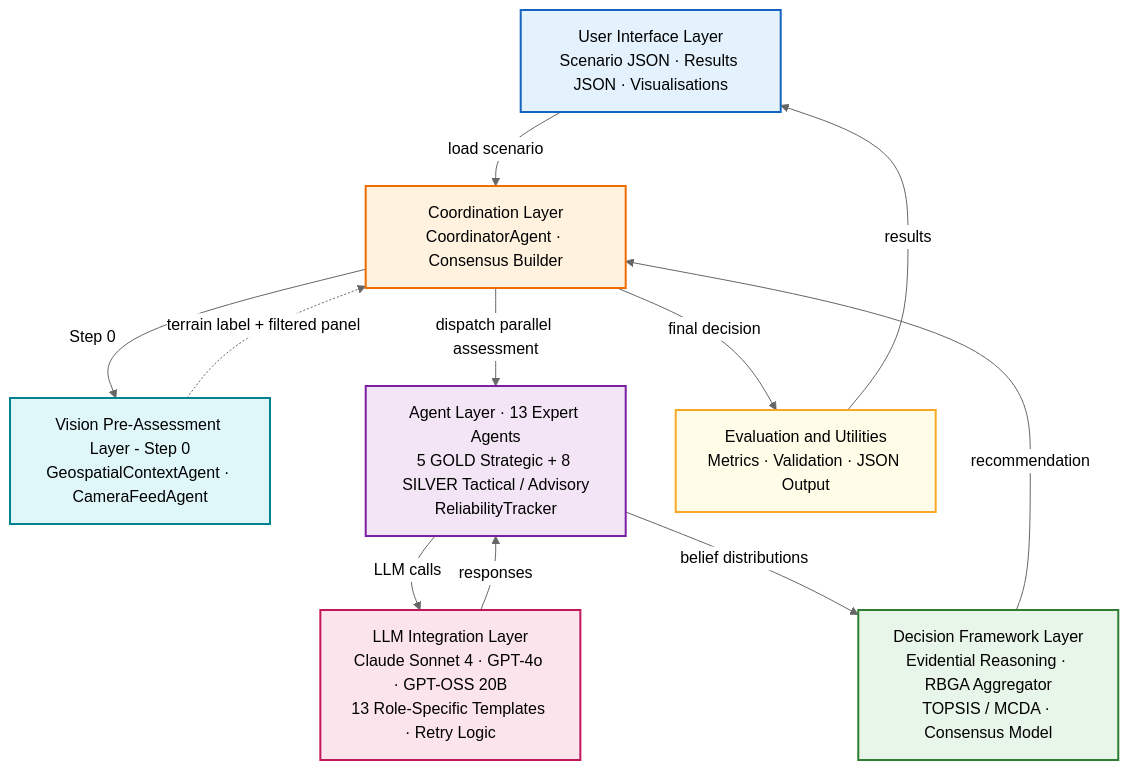
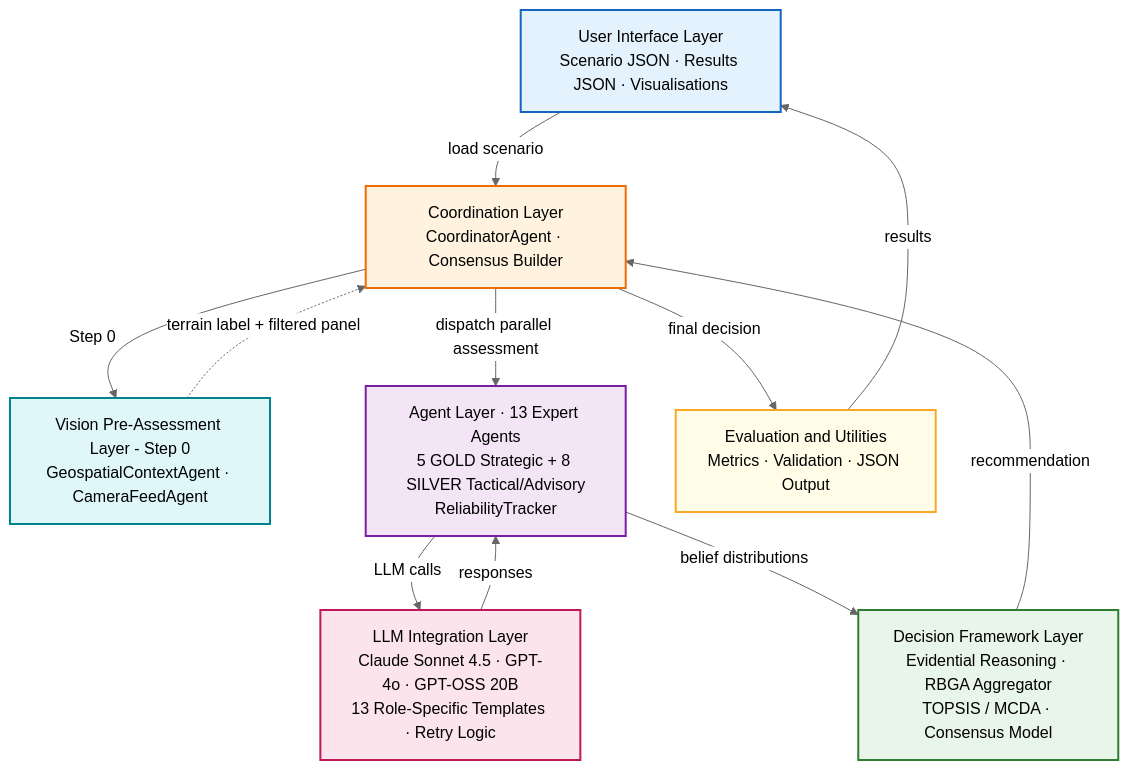
One commit to kerbgr/crisis_mas_poc changed the first of 7 diagrams in academic_journal_draft_long version.md. Above: the diagram before and after it, drawn with Mermaid (neutral theme). The commit also changed other lines of this file and 7 other files, not shown here.

First line of the commit message:
round-2 corpus: update paper to 45-run Sonnet 4.5 results; add analysis tooling

````diff
--- a/academic_journal_draft_long version.md
+++ b/academic_journal_draft_long version.md
@@ -134,29 +134,27 @@
 ```mermaid
 flowchart TD
-    UI["User Interface Layer\nScenario JSON · Results JSON · Visualisations"]
-    COORD["Coordination Layer\nCoordinatorAgent · Consensus Builder"]
-    VISION["Vision Pre-Assessment Layer - Step 0\nGeospatialContextAgent · CameraFeedAgent"]
-    AGENTS["Agent Layer · 13 Expert Agents\n5 GOLD Strategic + 8 SILVER Tactical / Advisory\nReliabilityTracker"]
-    LLM["LLM Integration Layer\nClaude Sonnet 4 · GPT-4o · GPT-OSS 20B\n13 Role-Specific Templates · Retry Logic"]
-    DF["Decision Framework Layer\nEvidential Reasoning · RBGA Aggregator\nTOPSIS / MCDA · Consensus Model"]
-    EVAL["Evaluation and Utilities\nMetrics · Validation · JSON Output"]
-
+    UI["User Interface Layer<br/>Scenario JSON · Results JSON · Visualisations"]
+    COORD["Coordination Layer<br/>CoordinatorAgent · Consensus Builder"]
+    VISION["Vision Pre-Assessment Layer - Step 0<br/>GeospatialContextAgent · CameraFeedAgent"]
+    AGENTS["Agent Layer · 13 Expert Agents<br/>5 GOLD Strategic + 8 SILVER Tactical/Advisory<br/>ReliabilityTracker"]
+    LLM["LLM Integration Layer<br/>Claude Sonnet 4.5 · GPT-4o · GPT-OSS 20B<br/>13 Role-Specific Templates · Retry Logic"]
+    DF["Decision Framework Layer<br/>Evidential Reasoning · RBGA Aggregator<br/>TOPSIS / MCDA · Consensus Model"]
+    EVAL["Evaluation and Utilities<br/>Metrics · Validation · JSON Output"]
     UI -->|load scenario| COORD
     COORD -->|Step 0| VISION
     VISION -.->|terrain label + filtered panel| COORD
     COORD -->|dispatch parallel assessment| AGENTS
     AGENTS -->|LLM calls| LLM
     LLM -->|responses| AGENTS
     AGENTS -->|belief distributions| DF
     DF -->|recommendation| COORD
     COORD -->|final decision| EVAL
     EVAL -->|results| UI
-
     style UI fill:#e3f2fd,stroke:#1565c0,stroke-width:2px
     style COORD fill:#fff3e0,stroke:#ef6c00,stroke-width:2px
     style VISION fill:#e0f7fa,stroke:#00838f,stroke-width:2px
     style AGENTS fill:#f3e5f5,stroke:#7b1fa2,stroke-width:2px
     style LLM fill:#fce4ec,stroke:#c2185b,stroke-width:2px
     style DF fill:#e8f5e9,stroke:#2e7d32,stroke-width:2px
     style EVAL fill:#fffde7,stroke:#f9a825,stroke-width:2px
 ```
````
